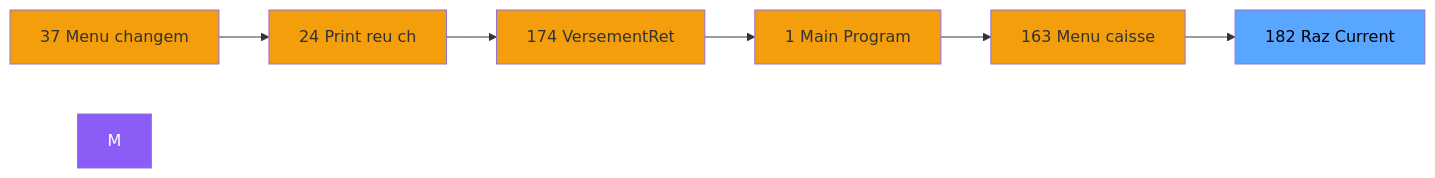
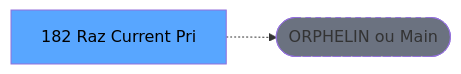
Before and after one commit to thonyAGP/lecteur-magic: the second of 3 diagrams in .openspec/specs/ADH-IDE-182.md, drawn with Mermaid. The commit also changed other lines of this file and 701 other files, not shown here.

````diff
--- a/.openspec/specs/ADH-IDE-182.md
+++ b/.openspec/specs/ADH-IDE-182.md
@@ -109,21 +117,8 @@
 ```mermaid
 graph LR
-    N37[37 Menu changem]
-    N24[24 Print reu ch]
-    N174[174 VersementRet]
-    N1[1 Main Program]
-    N163[163 Menu caisse ]
-    T[182 Raz Current ]
-    N37 --> N24
-    N24 --> N174
-    N174 --> N1
-    N1 --> N163
-    N163 --> T
-    style M fill:#8b5cf6,color:#fff
-    style N37 fill:#f59e0b
-    style N24 fill:#f59e0b
-    style N174 fill:#f59e0b
-    style N1 fill:#f59e0b
-    style N163 fill:#f59e0b
+    T[182 Raz Current Pri]
+    ORPHAN([ORPHELIN ou Main])
+    T -.-> ORPHAN
     style T fill:#58a6ff,color:#000
+    style ORPHAN fill:#6b7280,stroke-dasharray: 5 5
 ```
````
